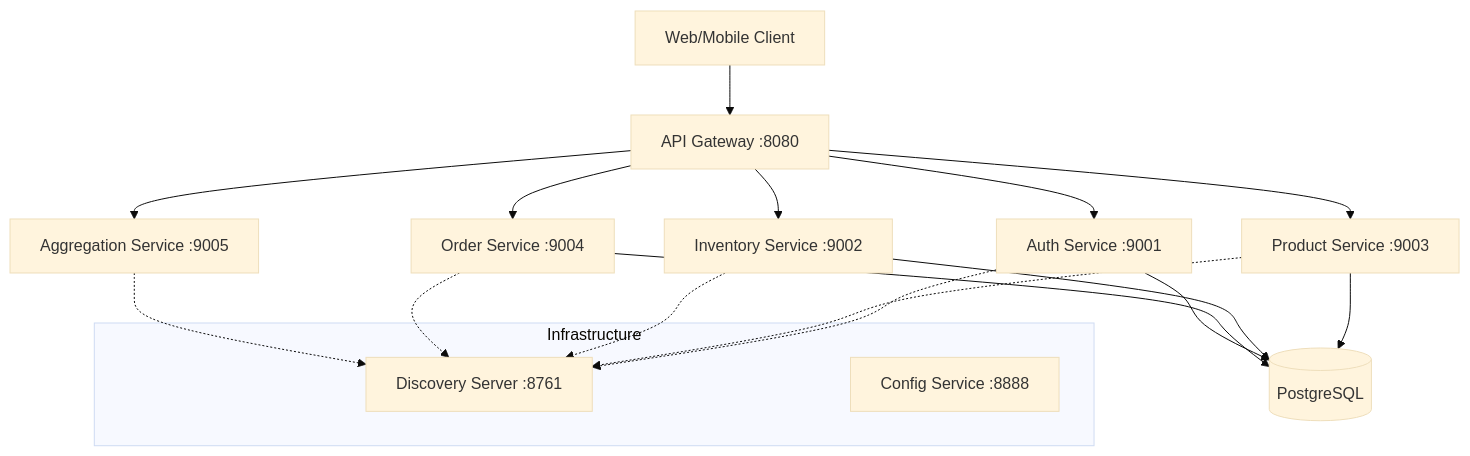
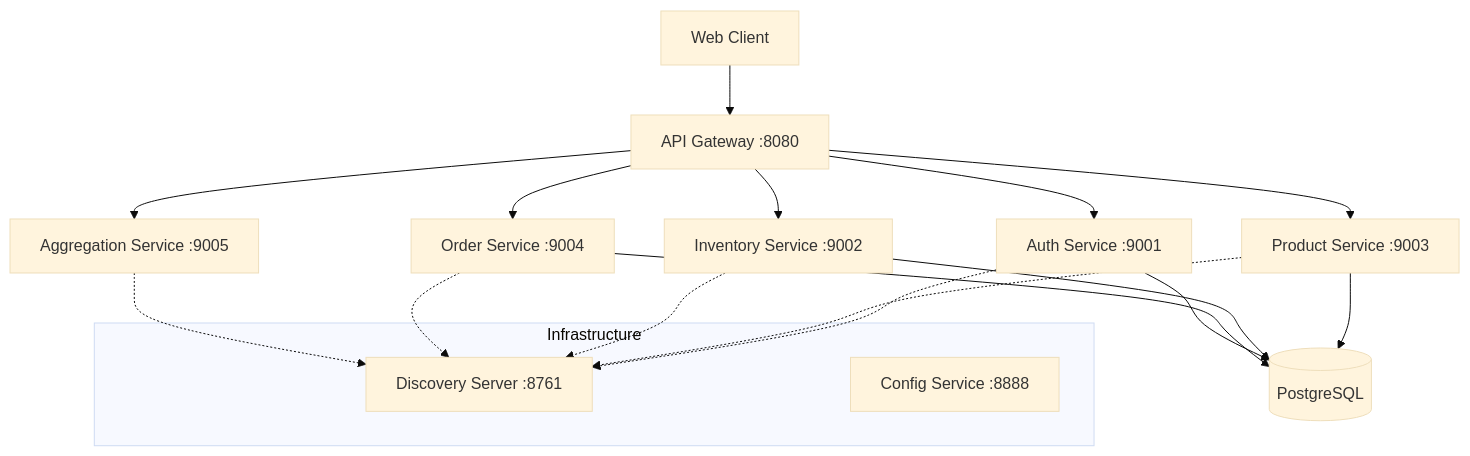
Before and after one commit to samiullah-s/ecommerce-microservices: the diagram in README.md, drawn with Mermaid (base theme).

````diff
--- a/README.md
+++ b/README.md
@@ -7,26 +7,26 @@
 ```mermaid
 graph TD
-    Client[Web/Mobile Client] --> Gateway[API Gateway :8080]
+    Client[Web Client] --> Gateway[API Gateway :8080]
     
     subgraph Infrastructure
         Discovery[Discovery Server :8761]
         Config[Config Service :8888]
     end
 
     Gateway --> Auth[Auth Service :9001]
     Gateway --> Product[Product Service :9003]
     Gateway --> Inventory[Inventory Service :9002]
     Gateway --> Order[Order Service :9004]
     Gateway --> Aggregator[Aggregation Service :9005]
 
     Product --> DB[(PostgreSQL)]
     Inventory --> DB
     Order --> DB
     Auth --> DB
     
     Auth -.-> Discovery
     Product -.-> Discovery
     Inventory -.-> Discovery
     Order -.-> Discovery
     Aggregator -.-> Discovery
 ```
````
